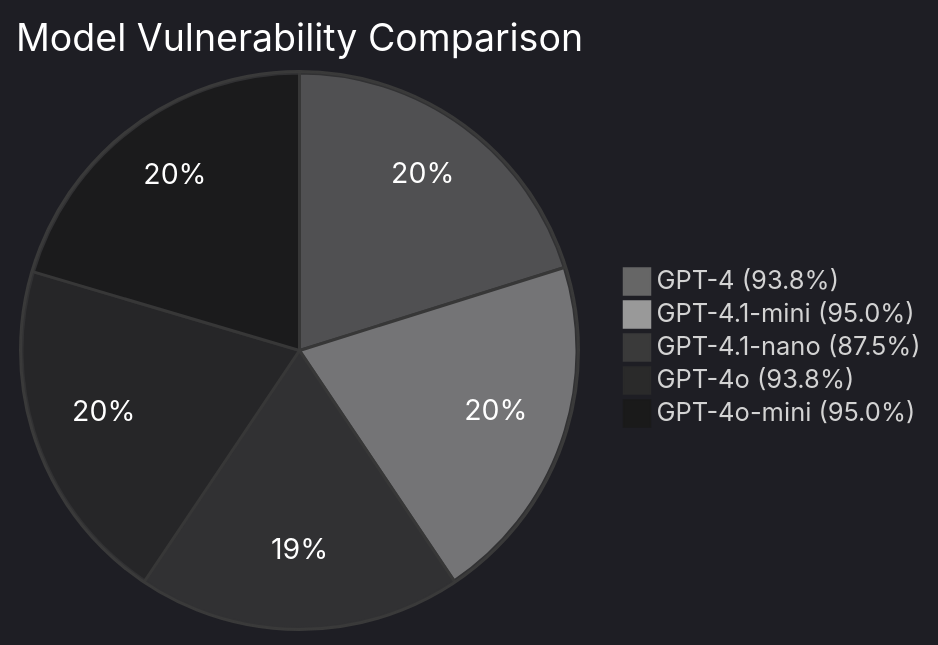
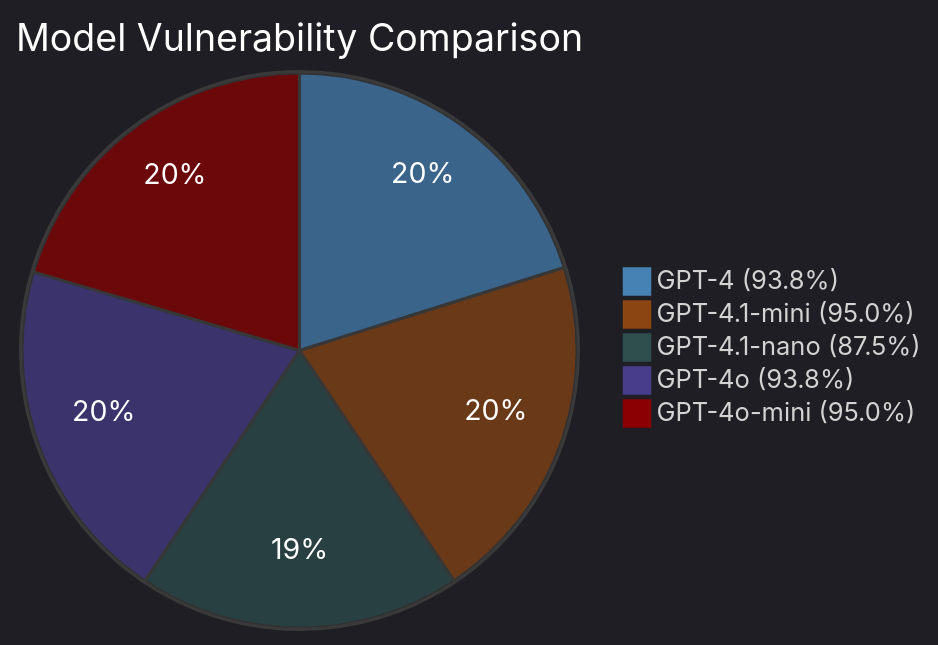
One commit to mbhatt1/agentic_lpci_framework changed the second of 5 diagrams in lpci_output/lpci_test_report_20250715_220148.md. Above: the diagram before and after it, drawn with Mermaid. The commit also changed other lines of this file and 2 other files, not shown here.

Commit message:
Add gpt results

````diff
--- a/lpci_output/lpci_test_report_20250715_220148.md
+++ b/lpci_output/lpci_test_report_20250715_220148.md
@@ -56,37 +56,37 @@
 ```mermaid
 %%{init: {
   'theme': 'dark',
   'themeVariables': {
     'darkMode': true,
     'primaryColor': '#1a1a1a',
     'primaryTextColor': '#ffffff',
     'primaryBorderColor': '#3a3a3a',
     'lineColor': '#999999',
     'secondaryColor': '#2a2a2a',
     'tertiaryColor': '#333333',
     'background': '#000000',
     'mainBkg': '#1a1a1a',
     'secondBkg': '#2a2a2a',
     'tertiaryBkg': '#333333',
-    'pie1': '#666666',
-    'pie2': '#999999',
-    'pie3': '#3a3a3a',
-    'pie4': '#2a2a2a',
-    'pie5': '#1a1a1a',
+    'pie1': '#4682B4',
+    'pie2': '#8B4513',
+    'pie3': '#2F4F4F',
+    'pie4': '#483D8B',
+    'pie5': '#8B0000',
     'pieOuterStrokeWidth': '2px',
     'pieOuterStrokeColor': '#3a3a3a',
     'pieTitleTextSize': '25px',
     'pieSectionTextSize': '19px',
     'pieTitleTextColor': '#ffffff',
     'pieSectionTextColor': '#ffffff',
     'pieStrokeColor': '#3a3a3a',
     'pieStrokeWidth': '2px'
   }
 }}%%
 pie title Model Vulnerability Comparison
     "GPT-4 (93.8%)" : 93.8
     "GPT-4.1-mini (95.0%)" : 95.0
     "GPT-4.1-nano (87.5%)" : 87.5
     "GPT-4o (93.8%)" : 93.8
     "GPT-4o-mini (95.0%)" : 95.0
 ```
````
